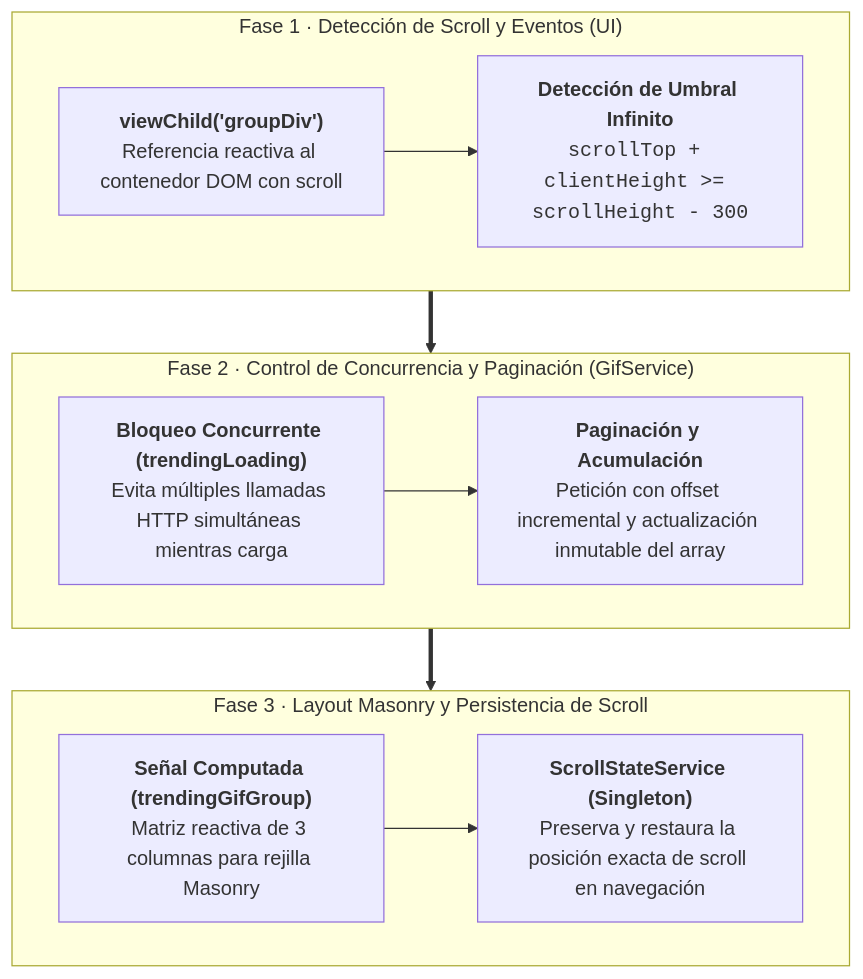
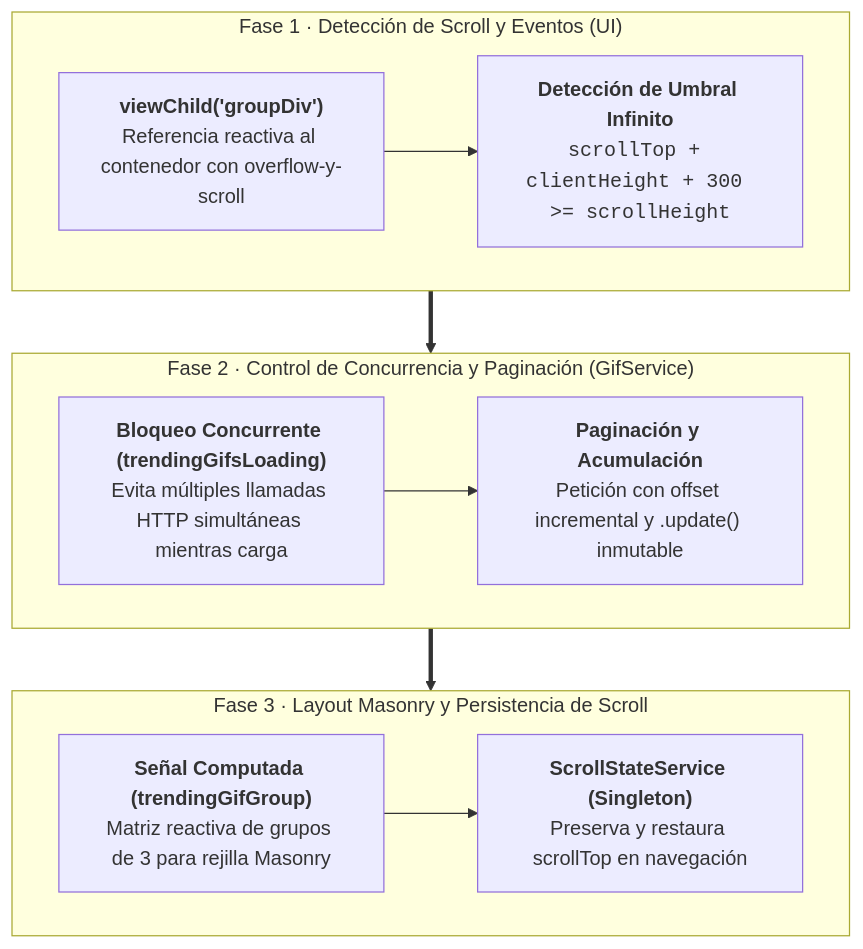
Before and after one commit to Jose-Quesada/materiales_angular: the diagram in docs/08-gifs-intermedio-avanzado.md, drawn with Mermaid. The commit also changed other lines of this file and 53 other files, not shown here.

````diff
--- a/docs/08-gifs-intermedio-avanzado.md
+++ b/docs/08-gifs-intermedio-avanzado.md
@@ -19,16 +19,16 @@
 ``` mermaid
 flowchart TD
     subgraph Deteccion ["Fase 1 · Detección de Scroll y Eventos (UI)"]
-        DOM["<b>viewChild('groupDiv')</b><br/>Referencia reactiva al contenedor DOM con scroll"] --> Calc["<b>Detección de Umbral Infinito</b><br/><code>scrollTop + clientHeight >= scrollHeight - 300</code>"]
+        DOM["<b>viewChild('groupDiv')</b><br/>Referencia reactiva al contenedor con overflow-y-scroll"] --> Calc["<b>Detección de Umbral Infinito</b><br/><code>scrollTop + clientHeight + 300 >= scrollHeight</code>"]
     end
 
     subgraph Orquestacion ["Fase 2 · Control de Concurrencia y Paginación (GifService)"]
-        Lock["<b>Bloqueo Concurrente (trendingLoading)</b><br/>Evita múltiples llamadas HTTP simultáneas mientras carga"] --> Fetch["<b>Paginación y Acumulación</b><br/>Petición con offset incremental y actualización inmutable del array"]
+        Lock["<b>Bloqueo Concurrente (trendingGifsLoading)</b><br/>Evita múltiples llamadas HTTP simultáneas mientras carga"] --> Fetch["<b>Paginación y Acumulación</b><br/>Petición con offset incremental y .update() inmutable"]
     end
 
     subgraph Presentacion ["Fase 3 · Layout Masonry y Persistencia de Scroll"]
-        Masonry["<b>Señal Computada (trendingGifGroup)</b><br/>Matriz reactiva de 3 columnas para rejilla Masonry"] --> ScrollState["<b>ScrollStateService (Singleton)</b><br/>Preserva y restaura la posición exacta de scroll en navegación"]
+        Masonry["<b>Señal Computada (trendingGifGroup)</b><br/>Matriz reactiva de grupos de 3 para rejilla Masonry"] --> ScrollState["<b>ScrollStateService (Singleton)</b><br/>Preserva y restaura scrollTop en navegación"]
     end
 
     Deteccion ==> Orquestacion ==> Presentacion
 ```
````
